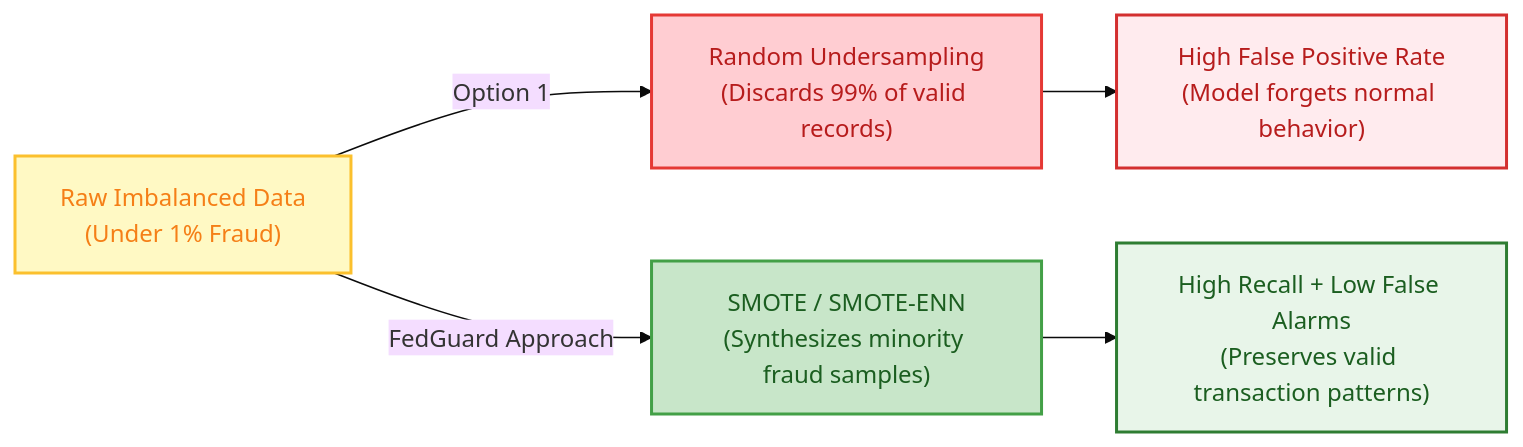
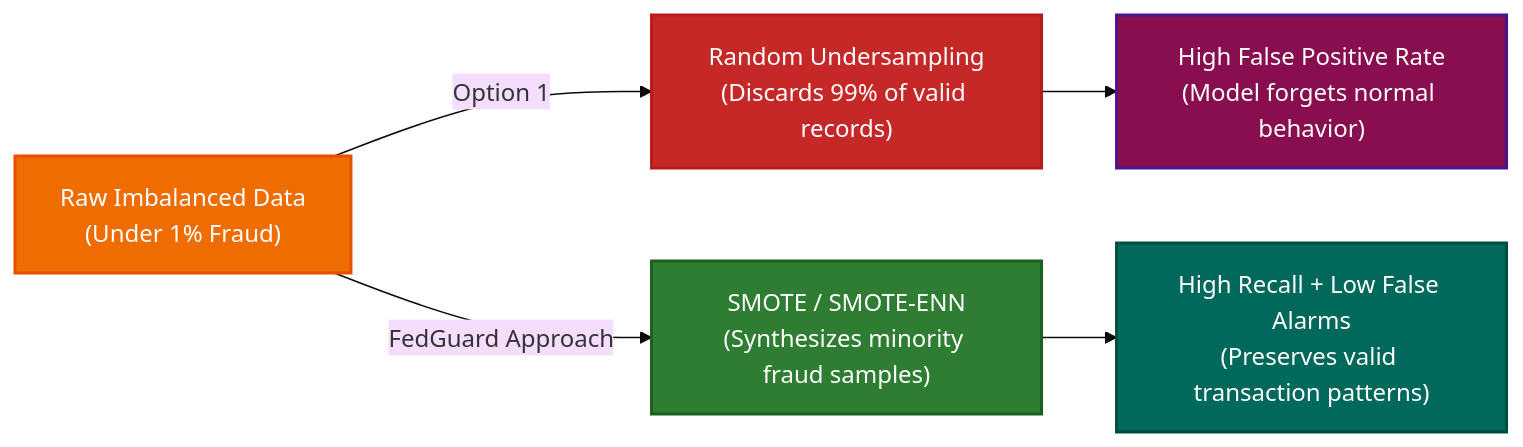
One commit to End-2007/Privacy-Preserving-Multi-Institutional-Financial-Fraud-Detection changed the second of 4 diagrams in ARCHITECTURE.md. Above: the diagram before and after it, drawn with Mermaid (base theme). The commit also changed other lines of this file and 1 other file, not shown here.

````diff
--- a/ARCHITECTURE.md
+++ b/ARCHITECTURE.md
@@ -81,19 +81,19 @@
 ```mermaid
 flowchart LR
     A["Raw Imbalanced Data\n(Under 1% Fraud)"]
     
     B["Random Undersampling\n(Discards 99% of valid records)"]
     C["High False Positive Rate\n(Model forgets normal behavior)"]
     
     D["SMOTE / SMOTE-ENN\n(Synthesizes minority fraud samples)"]
     E["High Recall + Low False Alarms\n(Preserves valid transaction patterns)"]
 
     A -->|"Option 1"| B --> C
     A -->|"FedGuard Approach"| D --> E
 
-    style A fill:#FFF9C4,stroke:#FBC02D,stroke-width:2px,color:#F57F17
-    style B fill:#FFCDD2,stroke:#E53935,stroke-width:2px,color:#B71C1C
-    style C fill:#FFEBEE,stroke:#D32F2F,stroke-width:2px,color:#B71C1C
-    style D fill:#C8E6C9,stroke:#43A047,stroke-width:2px,color:#1B5E20
-    style E fill:#E8F5E9,stroke:#2E7D32,stroke-width:2px,color:#1B5E20
+    style A fill:#EF6C00,stroke:#E65100,stroke-width:2px,color:#ffffff
+    style B fill:#C62828,stroke:#B71C1C,stroke-width:2px,color:#ffffff
+    style C fill:#880E4F,stroke:#4A148C,stroke-width:2px,color:#ffffff
+    style D fill:#2E7D32,stroke:#1B5E20,stroke-width:2px,color:#ffffff
+    style E fill:#00695C,stroke:#004D40,stroke-width:2px,color:#ffffff
 ```
````
